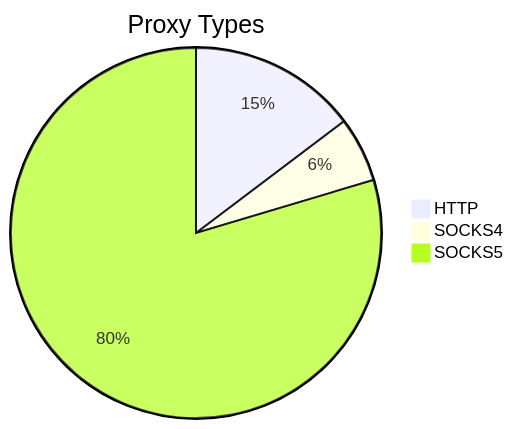
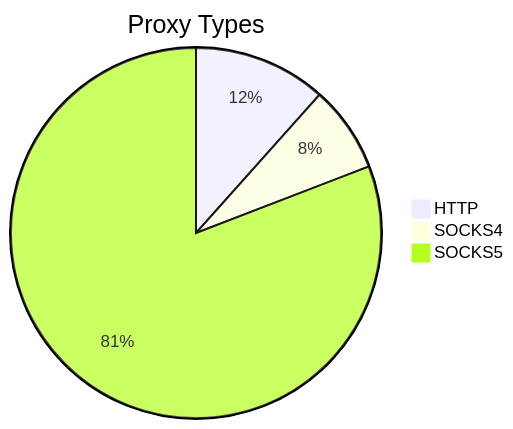
One commit to stormsia/proxy-list changed the first of 2 diagrams in README.md. Above: the diagram before and after it, drawn with Mermaid. The commit also changed other lines of this file, not shown here.

````diff
--- a/README.md
+++ b/README.md
@@ -21,6 +21,6 @@
 ```mermaid
 pie title Proxy Types
-    "HTTP" : 101
-    "SOCKS4" : 39
-    "SOCKS5" : 547
+    "HTTP" : 63
+    "SOCKS4" : 41
+    "SOCKS5" : 439
 ```
````
